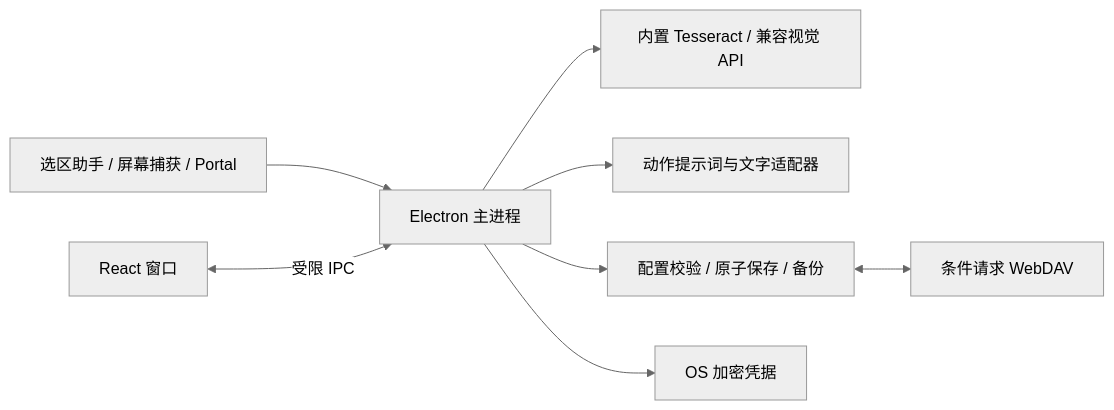
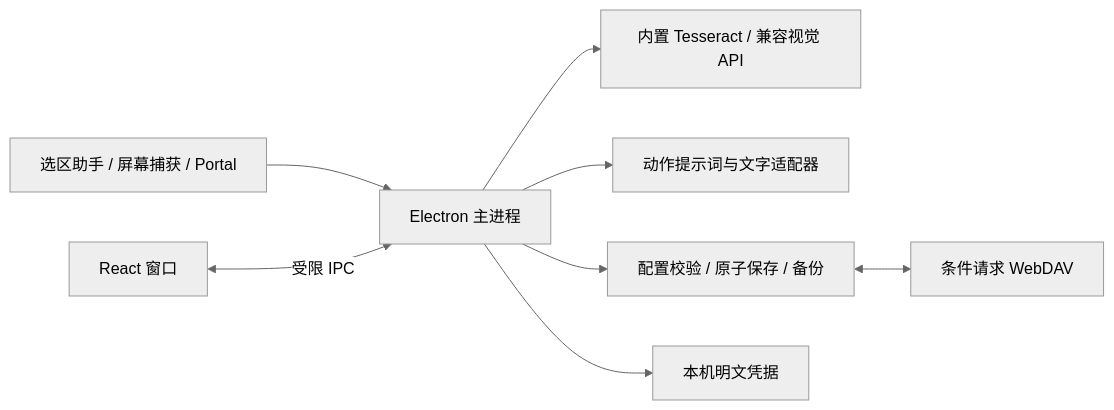
The diagram in docs/ARCHITECTURE.md (0xlane/ReadFinch), drawn with Mermaid (neutral theme) before and after one commit. The commit also changed other lines of this file and 27 other files, not shown here.

````diff
--- a/docs/ARCHITECTURE.md
+++ b/docs/ARCHITECTURE.md
@@ -13,10 +13,10 @@
 ```mermaid
 flowchart LR
   Native[选区助手 / 屏幕捕获 / Portal] --> Main[Electron 主进程]
   UI[React 窗口] <-->|受限 IPC| Main
   Main --> OCR[内置 Tesseract / 兼容视觉 API]
   Main --> Actions[动作提示词与文字适配器]
   Main --> Store[配置校验 / 原子保存 / 备份]
   Store <--> DAV[条件请求 WebDAV]
-  Main --> Secrets[OS 加密凭据]
+  Main --> Secrets[本机明文凭据]
 ```
````
